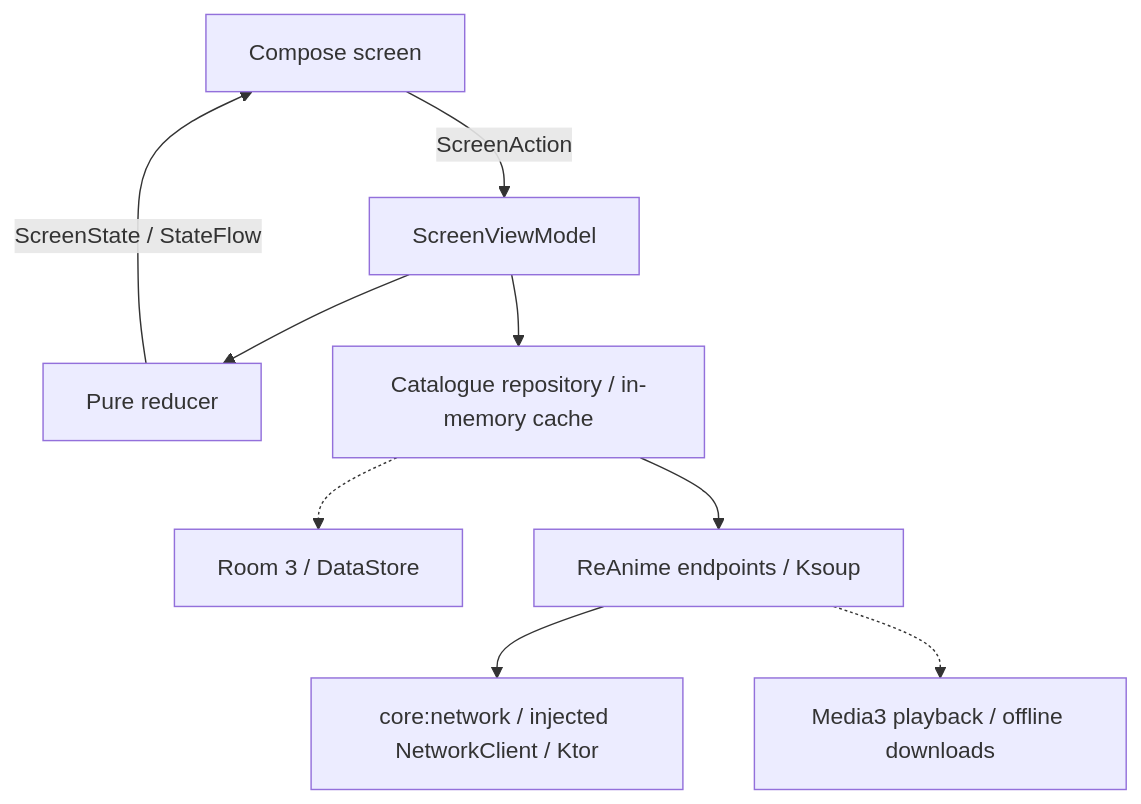
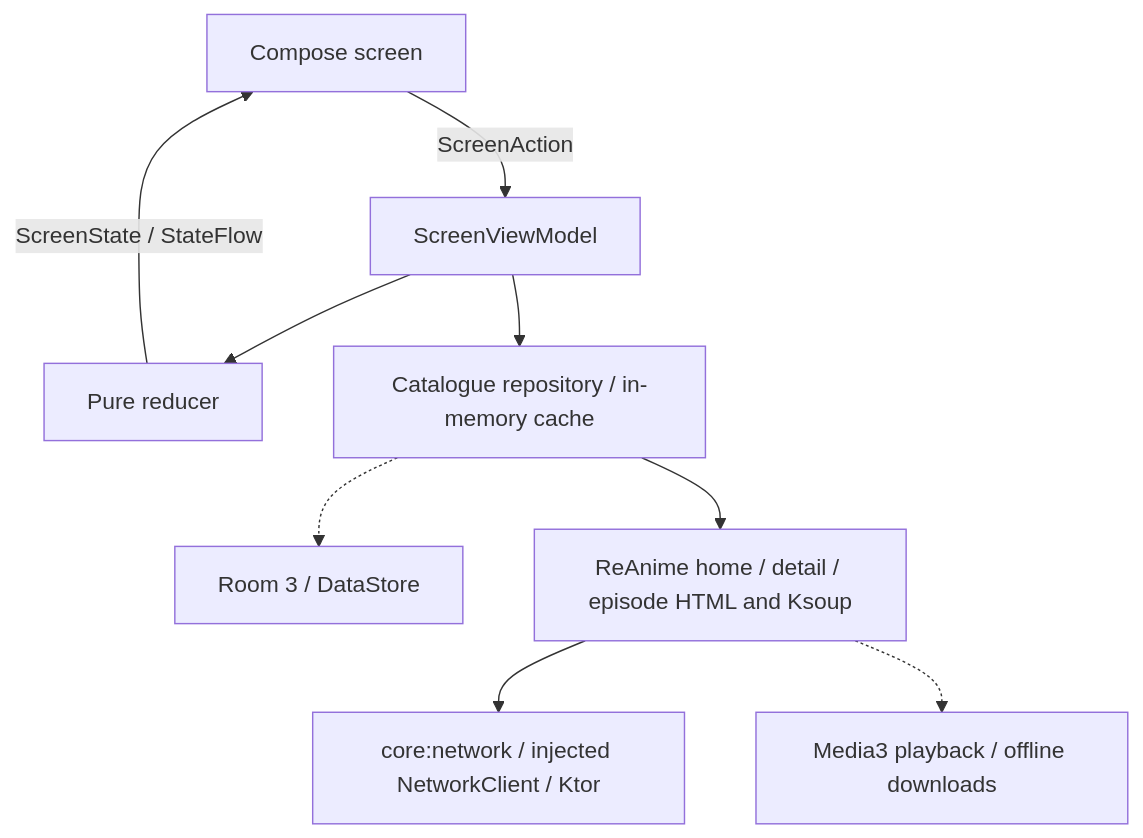
Before and after one commit to Act-Aks/reanime: the diagram in README.md, drawn with Mermaid. The commit also changed other lines of this file and 40 other files, not shown here.

First line of the commit message:
feat(details): add native anime details and episode browsing (#9)

````diff
--- a/README.md
+++ b/README.md
@@ -159,11 +170,11 @@
 ```mermaid
 flowchart TD
     UI[Compose screen] -->|ScreenAction| VM[ScreenViewModel]
     VM --> R[Pure reducer]
     R -->|ScreenState / StateFlow| UI
     VM --> Repo[Catalogue repository / in-memory cache]
     Repo -.-> Local[Room 3 / DataStore]
-    Repo --> Source[ReAnime endpoints / Ksoup]
+    Repo --> Source[ReAnime home / detail / episode HTML and Ksoup]
     Source --> Network[core:network / injected NetworkClient / Ktor]
     Source -.-> Media[Media3 playback / offline downloads]
 ```
````
